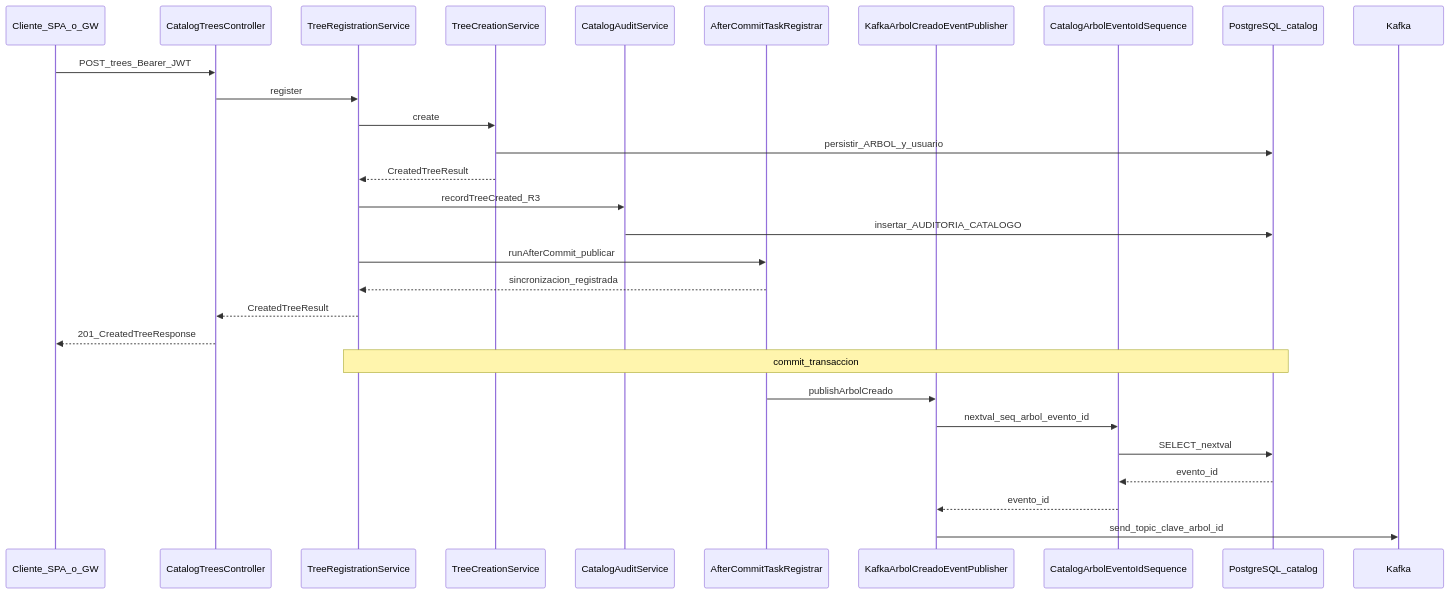
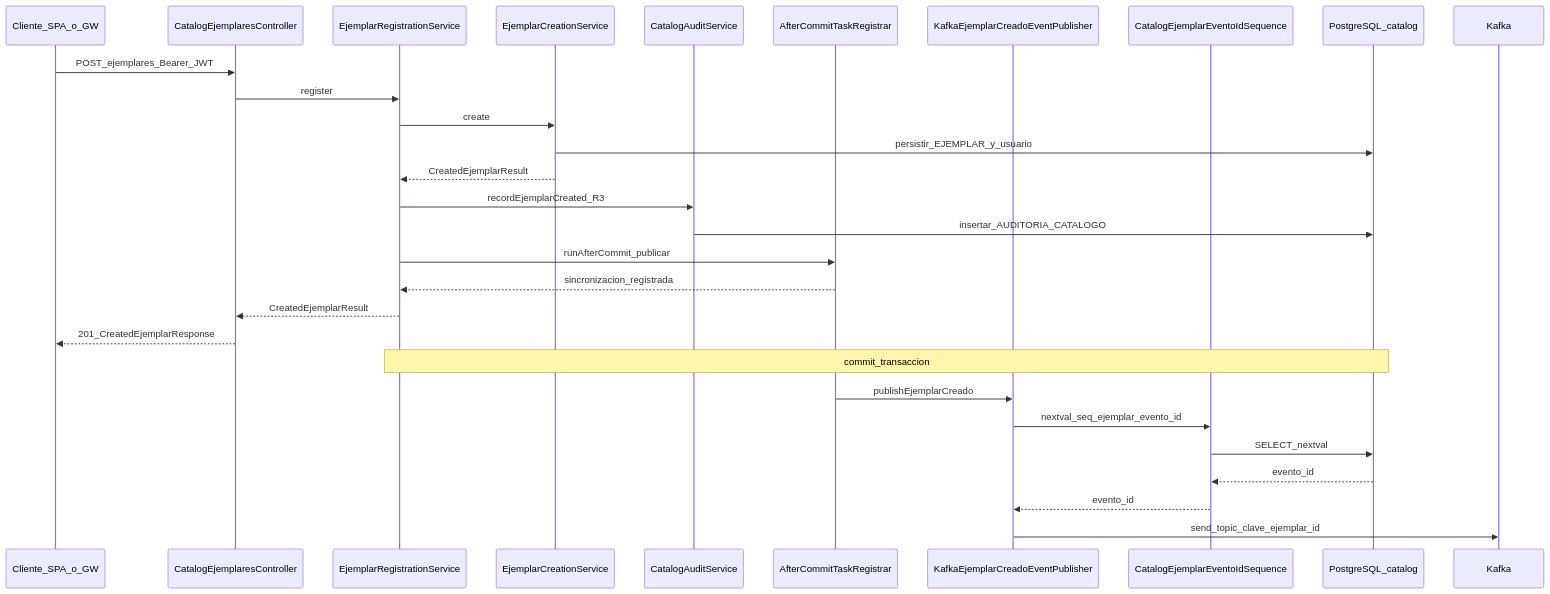
One commit to LIDR-academy/AI4Devs-finalproject changed the ninth of 19 diagrams in readme.md. Above: the diagram before and after it, drawn with Mermaid. The commit also changed other lines of this file and 345 other files, not shown here.

````diff
--- a/readme.md
+++ b/readme.md
@@ -640,33 +640,33 @@
 ```mermaid
 sequenceDiagram
   participant Client as Cliente_SPA_o_GW
-  participant Ctrl as CatalogTreesController
-  participant Reg as TreeRegistrationService
-  participant Cre as TreeCreationService
+  participant Ctrl as CatalogEjemplaresController
+  participant Reg as EjemplarRegistrationService
+  participant Cre as EjemplarCreationService
   participant Aud as CatalogAuditService
   participant Tx as AfterCommitTaskRegistrar
-  participant Pub as KafkaArbolCreadoEventPublisher
-  participant Seq as CatalogArbolEventoIdSequence
+  participant Pub as KafkaEjemplarCreadoEventPublisher
+  participant Seq as CatalogEjemplarEventoIdSequence
   participant PG as PostgreSQL_catalog
   participant KB as Kafka
 
-  Client->>Ctrl: POST_trees_Bearer_JWT
+  Client->>Ctrl: POST_ejemplares_Bearer_JWT
   Ctrl->>Reg: register
   Reg->>Cre: create
-  Cre->>PG: persistir_ARBOL_y_usuario
-  Cre-->>Reg: CreatedTreeResult
-  Reg->>Aud: recordTreeCreated_R3
+  Cre->>PG: persistir_EJEMPLAR_y_usuario
+  Cre-->>Reg: CreatedEjemplarResult
+  Reg->>Aud: recordEjemplarCreated_R3
   Aud->>PG: insertar_AUDITORIA_CATALOGO
   Reg->>Tx: runAfterCommit_publicar
   Tx-->>Reg: sincronizacion_registrada
-  Reg-->>Ctrl: CreatedTreeResult
-  Ctrl-->>Client: 201_CreatedTreeResponse
+  Reg-->>Ctrl: CreatedEjemplarResult
+  Ctrl-->>Client: 201_CreatedEjemplarResponse
 
   Note over Reg,PG: commit_transaccion
-  Tx->>Pub: publishArbolCreado
-  Pub->>Seq: nextval_seq_arbol_evento_id
+  Tx->>Pub: publishEjemplarCreado
+  Pub->>Seq: nextval_seq_ejemplar_evento_id
   Seq->>PG: SELECT_nextval
   PG-->>Seq: evento_id
   Seq-->>Pub: evento_id
-  Pub->>KB: send_topic_clave_arbol_id
+  Pub->>KB: send_topic_clave_ejemplar_id
 ```
````
